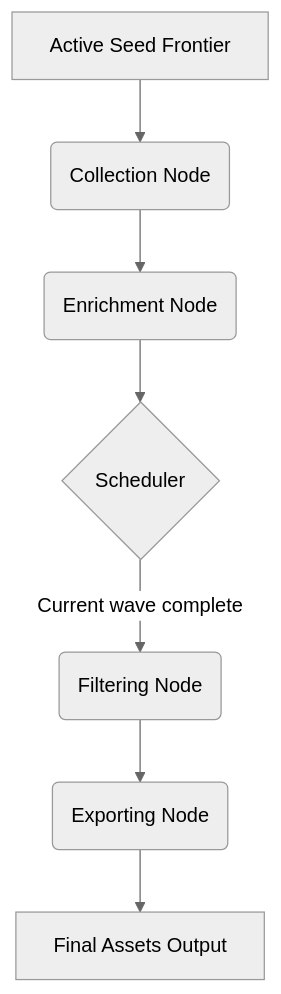
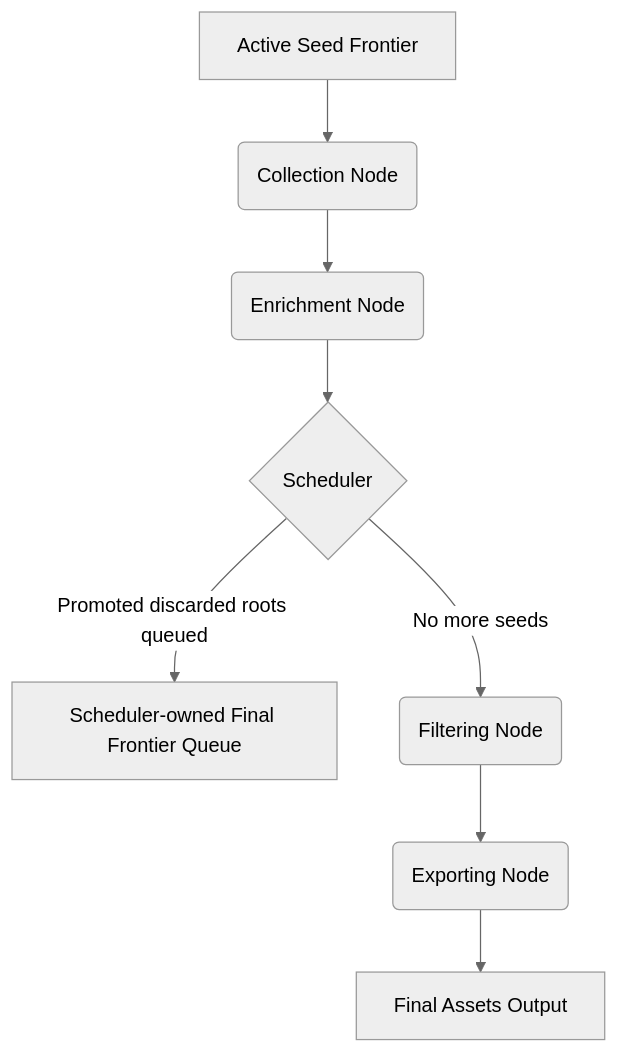
The diagram in ARCHITECTURE.md (roaguirre/asset-discovery), drawn with Mermaid (neutral theme) before and after one commit. The commit also changed other lines of this file and 11 other files, not shown here.

````diff
--- a/ARCHITECTURE.md
+++ b/ARCHITECTURE.md
@@ -23,9 +23,10 @@
 ```mermaid
 graph TD
     A[Active Seed Frontier] --> B(Collection Node)
     B --> C(Enrichment Node)
     C --> D{Scheduler}
-    D -->|Current wave complete| E(Filtering Node)
-    E --> F(Exporting Node)
-    F --> G[Final Assets Output]
+    D -->|Promoted discarded roots queued| E[Scheduler-owned Final Frontier Queue]
+    D -->|No more seeds| F(Filtering Node)
+    F --> G(Exporting Node)
+    G --> H[Final Assets Output]
 ```
````
